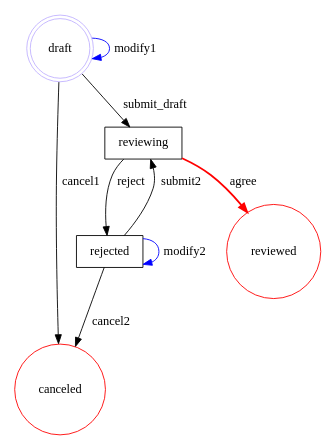
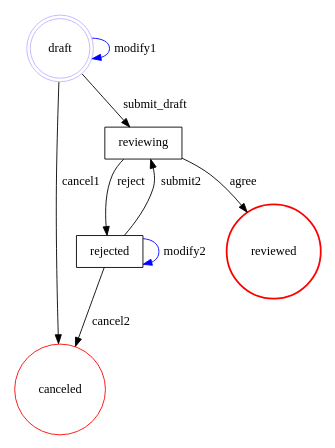
One commit to clszzyh/flexflow changed the diagram in README.md. Above: the diagram before and after it, drawn with Graphviz. The commit also changed other lines of this file and 5 other files, not shown here.

````diff
--- a/README.md
+++ b/README.md
@@ -63,20 +62,20 @@
 ```dot
 // custom_mark
 digraph review {
   size ="4,4";
   draft [label="draft",shape=doublecircle,color=".7 .3 1.0"];
-  reviewed [label="reviewed",shape=circle,color=red];
+  reviewed [label="reviewed",style=bold,shape=circle,color=red];
   canceled [label="canceled",shape=circle,color=red];
   rejected [label="rejected",shape=box];
   reviewing [label="reviewing",shape=box];
   draft -> draft [label="modify1",color=blue];
   draft -> canceled [label="cancel1"];
   draft -> reviewing [label="submit_draft"];
   rejected -> rejected [label="modify2",color=blue];
   rejected -> canceled [label="cancel2"];
   rejected -> reviewing [label="submit2"];
   reviewing -> rejected [label="reject"];
-  reviewing -> reviewed [label="agree",style=bold,color=red];
+  reviewing -> reviewed [label="agree"];
 }
 // custom_mark
 ```
````
